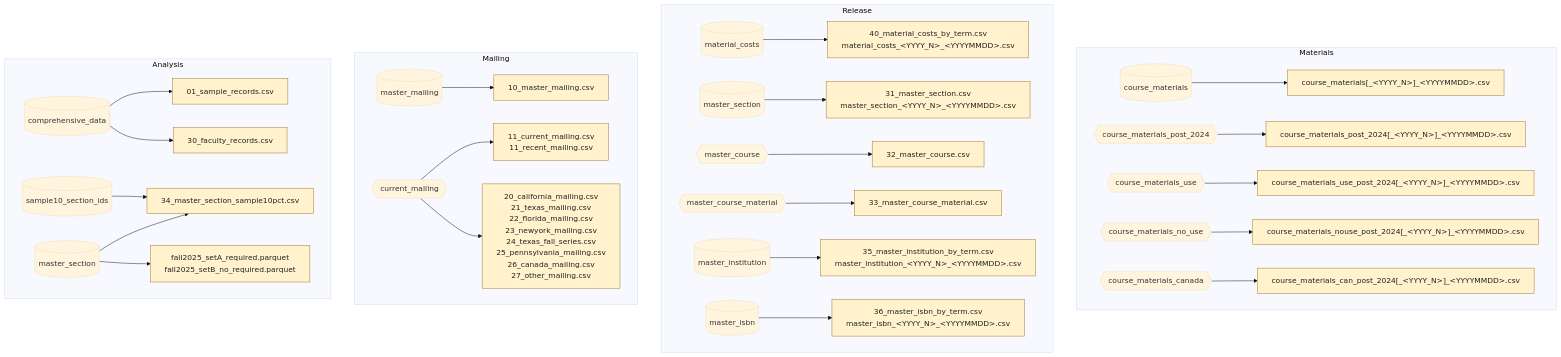
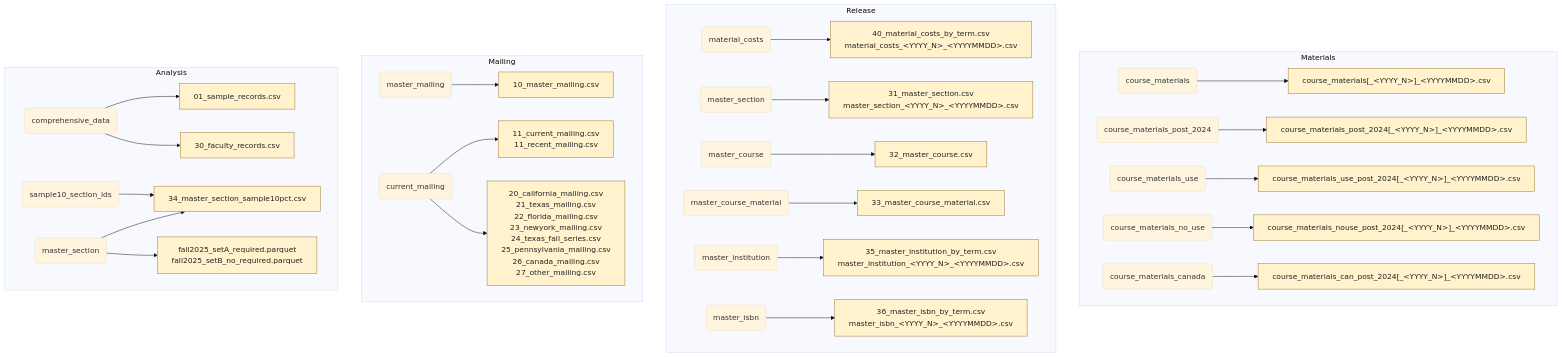
Before and after one commit to christopherseaman/commodoreSQL: the second of 2 diagrams in CMM-DATA-FLOW.md, drawn with Mermaid (base theme). The commit also changed other lines of this file and 6 other files, not shown here.

Commit message:
docs: clarify data flow inputs and helpers

````diff
--- a/CMM-DATA-FLOW.md
+++ b/CMM-DATA-FLOW.md
@@ -156,74 +132,74 @@
 ```mermaid
 flowchart TB
     subgraph course_exports["Materials"]
         direction LR
-        course_materials[("course_materials")]
-        materials_post{{"course_materials_post_2024"}}
-        materials_use{{"course_materials_use"}}
-        materials_nouse{{"course_materials_no_use"}}
-        materials_canada{{"course_materials_canada"}}
+        course_materials("course_materials")
+        materials_post("course_materials_post_2024")
+        materials_use("course_materials_use")
+        materials_nouse("course_materials_no_use")
+        materials_canada("course_materials_canada")
         course_file["course_materials[_&lt;YYYY_N&gt;]_&lt;YYYYMMDD&gt;.csv"]
         post_file["course_materials_post_2024[_&lt;YYYY_N&gt;]_&lt;YYYYMMDD&gt;.csv"]
         use_file["course_materials_use_post_2024[_&lt;YYYY_N&gt;]_&lt;YYYYMMDD&gt;.csv"]
         nouse_file["course_materials_nouse_post_2024[_&lt;YYYY_N&gt;]_&lt;YYYYMMDD&gt;.csv"]
         canada_file["course_materials_can_post_2024[_&lt;YYYY_N&gt;]_&lt;YYYYMMDD&gt;.csv"]
         course_materials --> course_file
         materials_post --> post_file
         materials_use --> use_file
         materials_nouse --> nouse_file
         materials_canada --> canada_file
     end
 
     subgraph release_exports["Release"]
         direction LR
-        material_costs[("material_costs")]
-        master_section[("master_section")]
-        master_course{{"master_course"}}
-        master_course_material{{"master_course_material"}}
-        master_institution[("master_institution")]
-        master_isbn[("master_isbn")]
+        material_costs("material_costs")
+        master_section("master_section")
+        master_course("master_course")
+        master_course_material("master_course_material")
+        master_institution("master_institution")
+        master_isbn("master_isbn")
         cost_files["40_material_costs_by_term.csv<br/>material_costs_&lt;YYYY_N&gt;_&lt;YYYYMMDD&gt;.csv"]
         section_files["31_master_section.csv<br/>master_section_&lt;YYYY_N&gt;_&lt;YYYYMMDD&gt;.csv"]
         course_files["32_master_course.csv"]
         distribution_files["33_master_course_material.csv"]
         institution_files["35_master_institution_by_term.csv<br/>master_institution_&lt;YYYY_N&gt;_&lt;YYYYMMDD&gt;.csv"]
         isbn_files["36_master_isbn_by_term.csv<br/>master_isbn_&lt;YYYY_N&gt;_&lt;YYYYMMDD&gt;.csv"]
         material_costs --> cost_files
         master_section --> section_files
         master_course --> course_files
         master_course_material --> distribution_files
         master_institution --> institution_files
         master_isbn --> isbn_files
     end
 
     subgraph mailing_exports["Mailing"]
         direction LR
-        master_mailing[("master_mailing")]
-        current_mailing{{"current_mailing"}}
+        master_mailing("master_mailing")
+        current_mailing("current_mailing")
         master_file["10_master_mailing.csv"]
         mailing_files["11_current_mailing.csv<br/>11_recent_mailing.csv"]
         geography_files["20_california_mailing.csv<br/>21_texas_mailing.csv<br/>22_florida_mailing.csv<br/>23_newyork_mailing.csv<br/>24_texas_fall_series.csv<br/>25_pennsylvania_mailing.csv<br/>26_canada_mailing.csv<br/>27_other_mailing.csv"]
         master_mailing --> master_file
         current_mailing --> mailing_files
         current_mailing --> geography_files
     end
 
     subgraph analysis_exports["Analysis"]
         direction LR
-        comprehensive[("comprehensive_data")]
-        master_section_analysis[("master_section")]
-        sample10[("sample10_section_ids")]
+        comprehensive("comprehensive_data")
+        master_section_analysis("master_section")
+        sample10("sample10_section_ids")
         random_file["01_sample_records.csv"]
         faculty_file["30_faculty_records.csv"]
         sample_file["34_master_section_sample10pct.csv"]
         subset_files["fall2025_setA_required.parquet<br/>fall2025_setB_no_required.parquet"]
         comprehensive --> random_file
         comprehensive --> faculty_file
         master_section_analysis --> sample_file
         sample10 --> sample_file
         master_section_analysis --> subset_files
     end
 
     classDef file fill:#fff2cc,stroke:#9c7227,color:#222;
     class course_file,post_file,use_file,nouse_file,canada_file,cost_files,section_files,course_files,distribution_files,institution_files,isbn_files,master_file,mailing_files,geography_files,random_file,faculty_file,sample_file,subset_files file;
 ```
````
